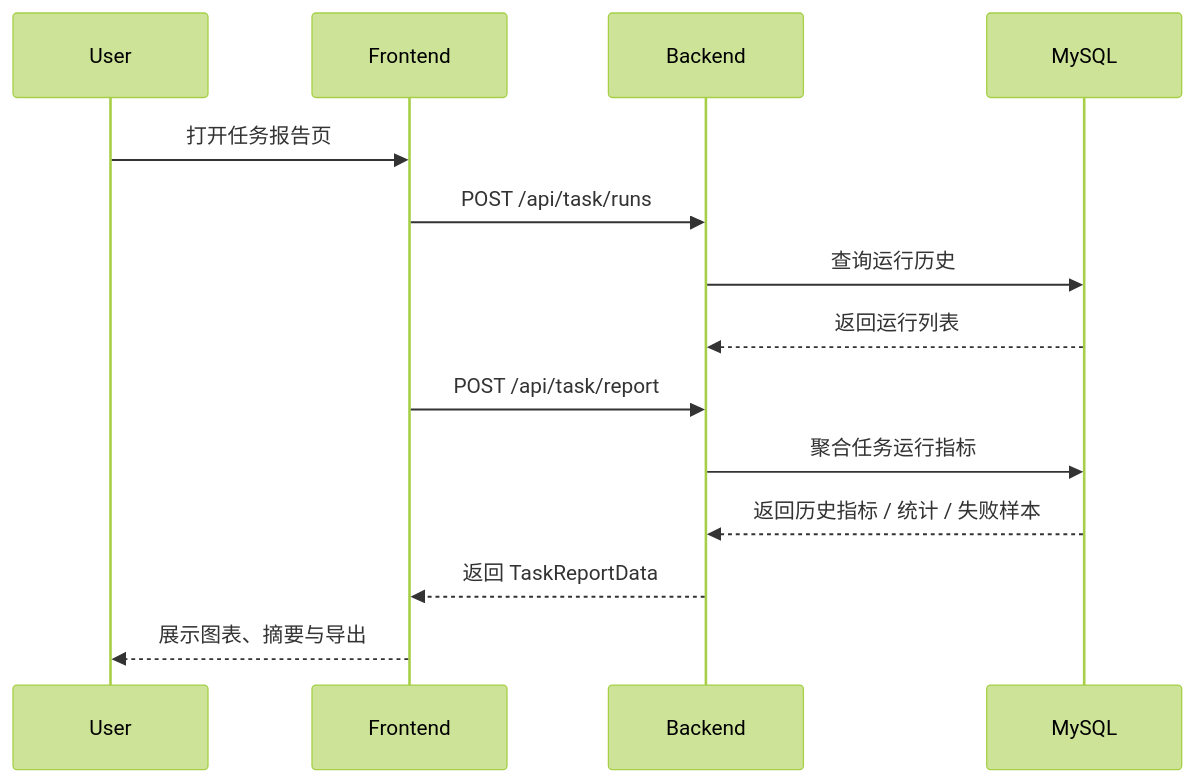
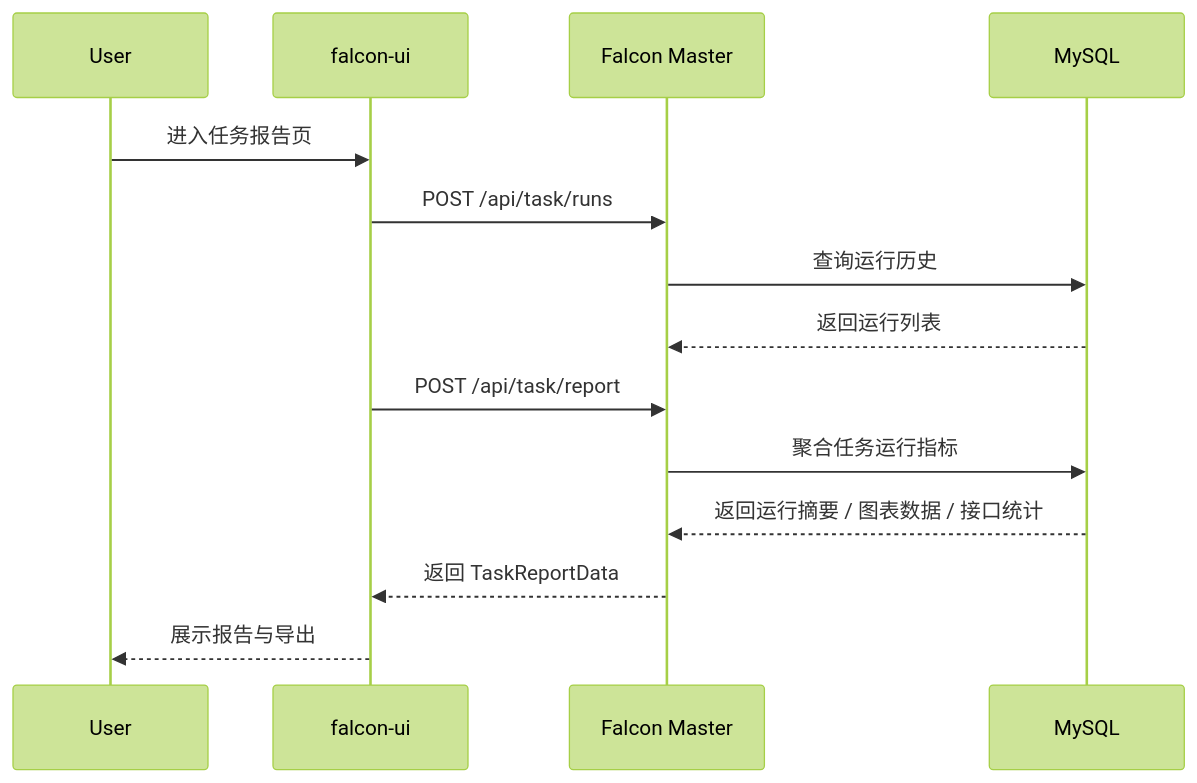
The third of 3 diagrams in README.md (JiChaoSong/Falcon), drawn with Mermaid (forest theme) before and after one commit. The commit also changed other lines of this file and 283 other files, not shown here.

````diff
--- a/README.md
+++ b/README.md
@@ -145,17 +132,17 @@
 ```mermaid
 sequenceDiagram
   participant U as User
-  participant FE as Frontend
-  participant BE as Backend
+  participant FE as falcon-ui
+  participant BE as Falcon Master
   participant DB as MySQL
 
-  U->>FE: 打开任务报告页
+  U->>FE: 进入任务报告页
   FE->>BE: POST /api/task/runs
   BE->>DB: 查询运行历史
   DB-->>BE: 返回运行列表
   FE->>BE: POST /api/task/report
   BE->>DB: 聚合任务运行指标
-  DB-->>BE: 返回历史指标 / 统计 / 失败样本
+  DB-->>BE: 返回运行摘要 / 图表数据 / 接口统计
   BE-->>FE: 返回 TaskReportData
-  FE-->>U: 展示图表、摘要与导出
+  FE-->>U: 展示报告与导出
 ```
````
